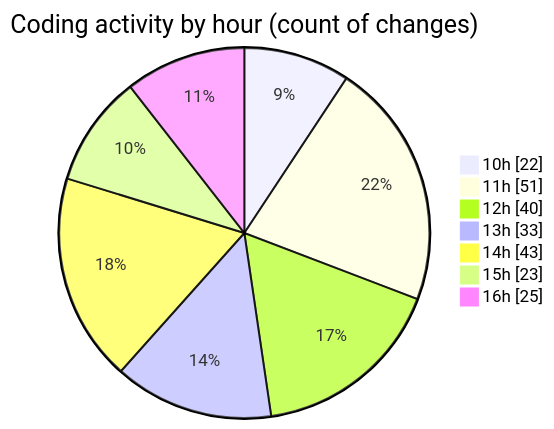
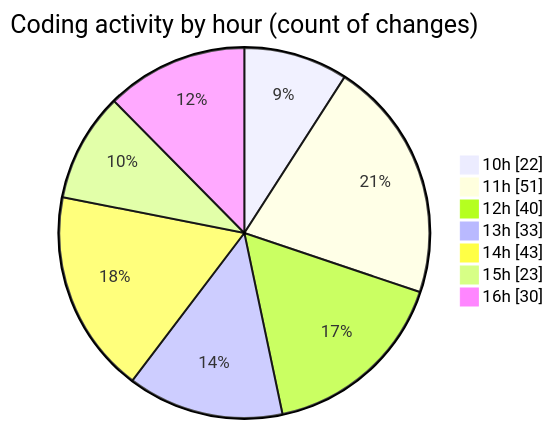
Before and after one commit to momahboobian/code-tracking: the second of 2 diagrams in 2025-04-29/cda/README.md, drawn with Mermaid. The commit also changed other lines of this file and 1 other file, not shown here.

````diff
--- a/2025-04-29/cda/README.md
+++ b/2025-04-29/cda/README.md
@@ -55,11 +55,11 @@
 ```mermaid
 pie showData
 title Coding activity by hour (count of changes)
 "10h" : 22
 "11h" : 51
 "12h" : 40
 "13h" : 33
 "14h" : 43
 "15h" : 23
-"16h" : 25
+"16h" : 30
 ```
````
